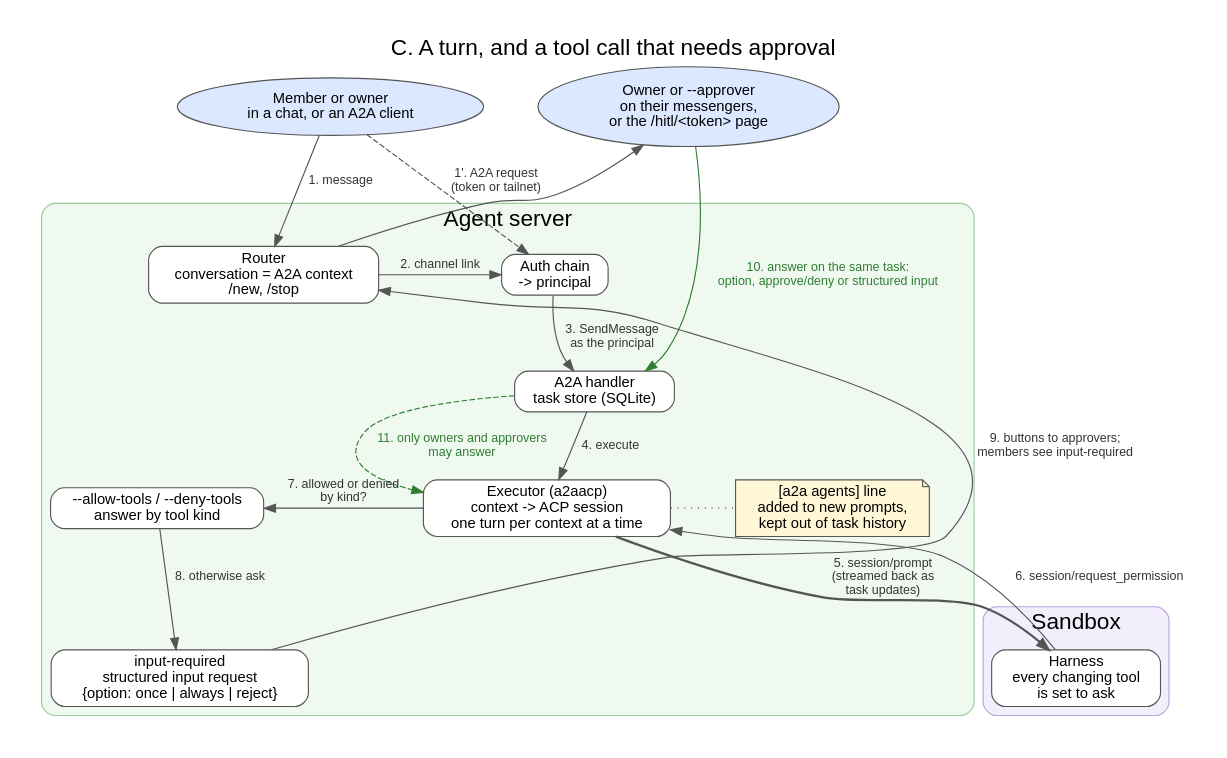
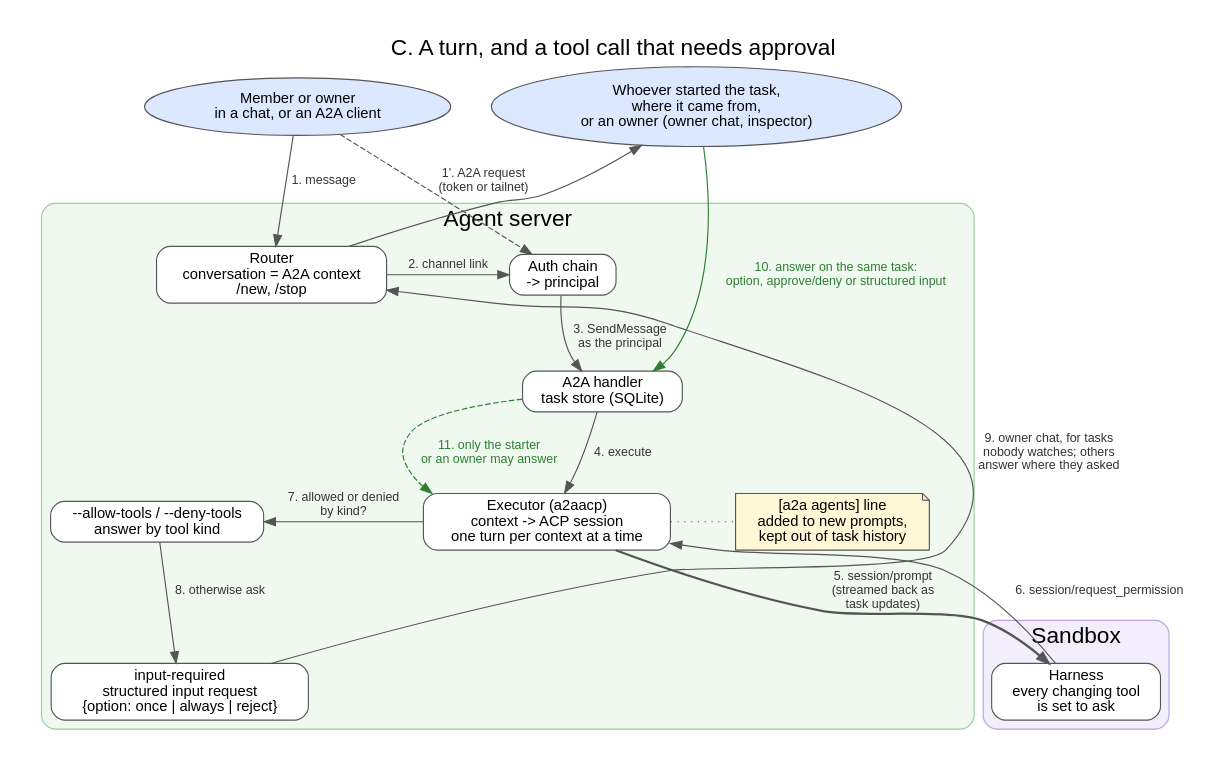
The diagram in docs/graphs/agent-server-turn.dot (a2aproject/a2a-serve), drawn with Graphviz before and after one commit. The commit also changed 190 other files, not shown here.

```diff
--- a/docs/graphs/agent-server-turn.dot
+++ b/docs/graphs/agent-server-turn.dot
@@ -1,50 +1,50 @@
 // C. One turn: a message from a chat or an A2A client becomes an ACP prompt,
 // and a tool call that changes something waits for an approver.
 // Render: dot -Tpng -Gdpi=110 agent-server-turn.dot -o agent-server-turn.png
 digraph agent_server_turn {
   rankdir=TB;
   graph [fontname="Helvetica", nodesep=0.4, ranksep=0.5, pad=0.3, newrank=true,
          label="C. A turn, and a tool call that needs approval", labelloc=t, fontsize=20];
   node  [fontname="Helvetica", fontsize=13, shape=box, style="rounded,filled", fillcolor="#ffffff", color="#555555"];
   edge  [fontname="Helvetica", fontsize=11, color="#555555", fontcolor="#333333"];
 
   { rank=same;
     User     [label="Member or owner\nin a chat, or an A2A client", shape=ellipse, fillcolor="#dbe8ff"];
-    Approver [label="Owner or --approver\non their messengers,\nor the /hitl/<token> page", shape=ellipse, fillcolor="#dbe8ff"];
+    Approver [label="Whoever started the task,\nwhere it came from,\nor an owner (owner chat, inspector)", shape=ellipse, fillcolor="#dbe8ff"];
   }
 
   subgraph cluster_server {
     label="Agent server"; style="rounded,filled"; fillcolor="#f0f9f0"; color="#9ccc9c";
     { rank=same;
       Router  [label="Router\nconversation = A2A context\n/new, /stop"];
       Auth    [label="Auth chain\n-> principal"];
     }
     Handler [label="A2A handler\ntask store (SQLite)"];
     { rank=same;
       Rules   [label="--allow-tools / --deny-tools\nanswer by tool kind"];
       Exec    [label="Executor (a2aacp)\ncontext -> ACP session\none turn per context at a time"];
       Line    [label="[a2a agents] line\nadded to new prompts,\nkept out of task history", shape=note, fillcolor="#fff7d6"];
     }
     Hitl    [label="input-required\nstructured input request\n{option: once | always | reject}"];
   }
 
   subgraph cluster_sandbox {
     label="Sandbox"; style="rounded,filled"; fillcolor="#f3eefb"; color="#b9a4dd";
     Harness [label="Harness\nevery changing tool\nis set to ask"];
   }
 
   User -> Router   [label="1. message"];
   User -> Auth     [label="1'. A2A request\n(token or tailnet)", style=dashed];
   Router -> Auth   [label="2. channel link"];
   Auth -> Handler  [label="3. SendMessage\nas the principal"];
   Handler -> Exec  [label="4. execute"];
   Exec -> Line     [style=dotted, dir=none];
   Exec -> Harness  [label="5. session/prompt\n(streamed back as\ntask updates)", style=bold];
   Harness -> Exec  [label="6. session/request_permission"];
   Exec -> Rules    [label="7. allowed or denied\nby kind?"];
   Rules -> Hitl    [label="8. otherwise ask"];
-  Hitl -> Router   [label="9. buttons to approvers;\nmembers see input-required", constraint=false];
+  Hitl -> Router   [label="9. owner chat, for tasks\nnobody watches; others\nanswer where they asked", constraint=false];
   Router -> Approver [constraint=false];
   Approver -> Handler [label="10. answer on the same task:\noption, approve/deny or structured input", color="#2e7d32", fontcolor="#2e7d32"];
-  Handler -> Exec  [label="11. only owners and approvers\nmay answer", style=dashed, color="#2e7d32", fontcolor="#2e7d32"];
+  Handler -> Exec  [label="11. only the starter\nor an owner may answer", style=dashed, color="#2e7d32", fontcolor="#2e7d32"];
 }
```
